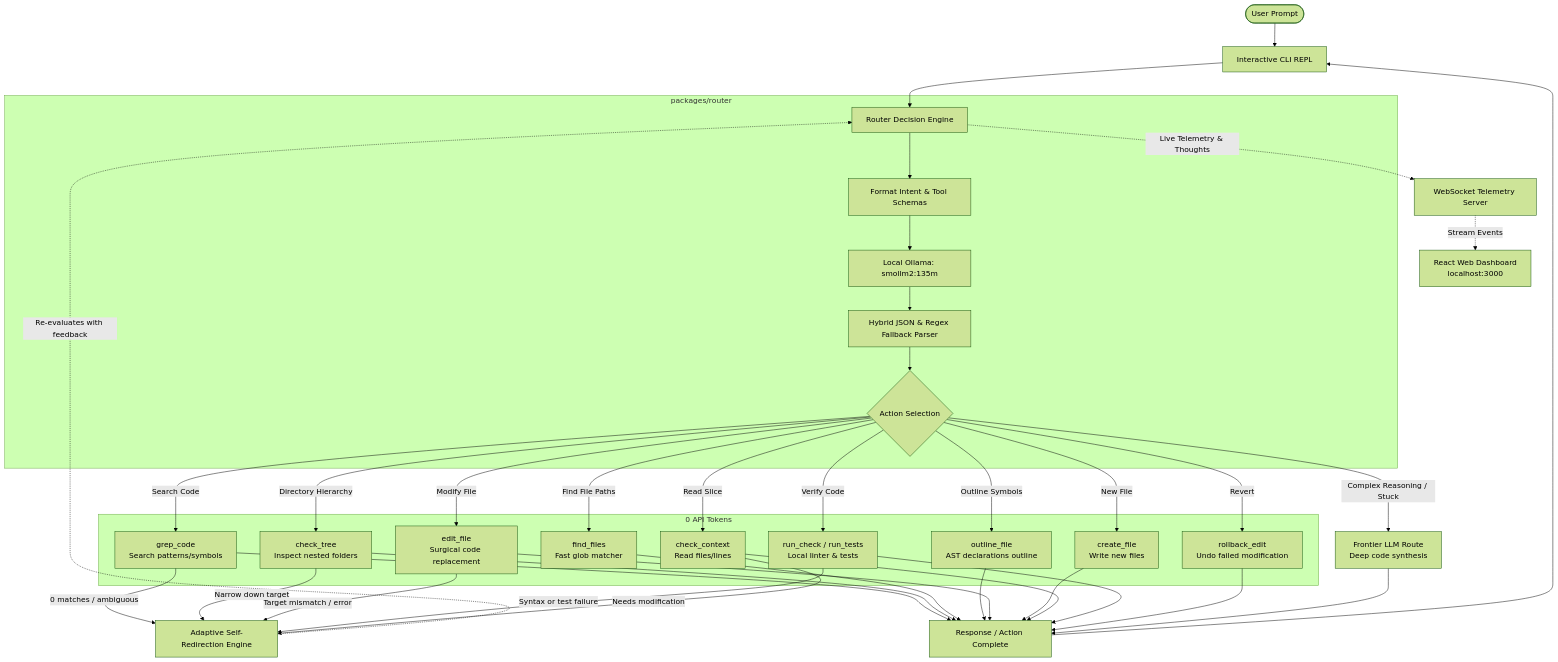
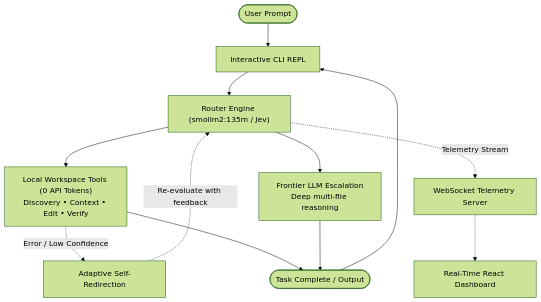
Before and after one commit to Tserpilouski/jev-router-ai: the first of 4 diagrams in README.md, drawn with Mermaid (forest theme). The commit also changed other lines of this file, not shown here.

Commit message:
docs: simplify main architecture diagram and add modular sub-diagrams

````diff
--- a/README.md
+++ b/README.md
@@ -25,49 +25,18 @@
 ```mermaid
 flowchart TD
     User([User Prompt]) --> CLI[Interactive CLI REPL]
-    CLI --> RouterCore[Router Decision Engine]
-    
-    subgraph Router Core [packages/router]
-        RouterCore --> PromptEng[Format Intent & Tool Schemas]
-        PromptEng --> Ollama[Local Ollama: smollm2:135m]
-        Ollama --> Parser[Hybrid JSON & Regex Fallback Parser]
-        Parser --> Dispatch{Action Selection}
-    end
+    CLI --> Router["Router Engine (smollm2:135m / Jev)"]
 
-    subgraph Local Workspace Tools [0 API Tokens]
-        Dispatch -- "Search Code" --> ToolGrep[grep_code\nSearch patterns/symbols]
-        Dispatch -- "Directory Hierarchy" --> ToolTree[check_tree\nInspect nested folders]
-        Dispatch -- "Find File Paths" --> ToolFind[find_files\nFast glob matcher]
-        Dispatch -- "Outline Symbols" --> ToolOutline[outline_file\nAST declarations outline]
-        Dispatch -- "Read Slice" --> ToolContext[check_context\nRead files/lines]
-        Dispatch -- "Modify File" --> ToolEdit[edit_file\nSurgical code replacement]
-        Dispatch -- "New File" --> ToolCreate[create_file\nWrite new files]
-        Dispatch -- "Verify Code" --> ToolVerify[run_check / run_tests\nLocal linter & tests]
-        Dispatch -- "Revert" --> ToolRollback[rollback_edit\nUndo failed modification]
-    end
+    Router --> RouteLocal["Local Workspace Tools (0 API Tokens)\nDiscovery • Context • Edit • Verify"]
+    Router --> RouteFrontier["Frontier LLM Escalation\nDeep multi-file reasoning"]
 
-    Dispatch -- "Complex Reasoning / Stuck" --> RouteFrontier[Frontier LLM Route\nDeep code synthesis]
+    RouteLocal -.->|Error / Low Confidence| Redirect[Adaptive Self-Redirection]
+    Redirect -.->|Re-evaluate with feedback| Router
 
-    ToolGrep -- "0 matches / ambiguous" --> Redirect[Adaptive Self-Redirection Engine]
-    ToolTree -- "Narrow down target" --> Redirect
-    ToolEdit -- "Target mismatch / error" --> Redirect
-    ToolVerify -- "Syntax or test failure" --> Redirect
-    ToolContext -- "Needs modification" --> Redirect
-    
-    Redirect -.->|Re-evaluates with feedback| RouterCore
+    RouteLocal --> Result([Task Complete / Output])
+    RouteFrontier --> Result
 
-    ToolGrep --> Success[Response / Action Complete]
-    ToolTree --> Success
-    ToolFind --> Success
-    ToolOutline --> Success
-    ToolEdit --> Success
-    ToolCreate --> Success
-    ToolContext --> Success
-    ToolVerify --> Success
-    ToolRollback --> Success
-    RouteFrontier --> Success
-
-    RouterCore -.->|Live Telemetry & Thoughts| WSServer[WebSocket Telemetry Server]
-    WSServer -.->|Stream Events| WebDashboard[React Web Dashboard\nlocalhost:3000]
-    Success --> CLI
+    Router -.->|Telemetry Stream| WS[WebSocket Telemetry Server]
+    WS -.-> Dashboard[Real-Time React Dashboard]
+    Result --> CLI
 ```
````
